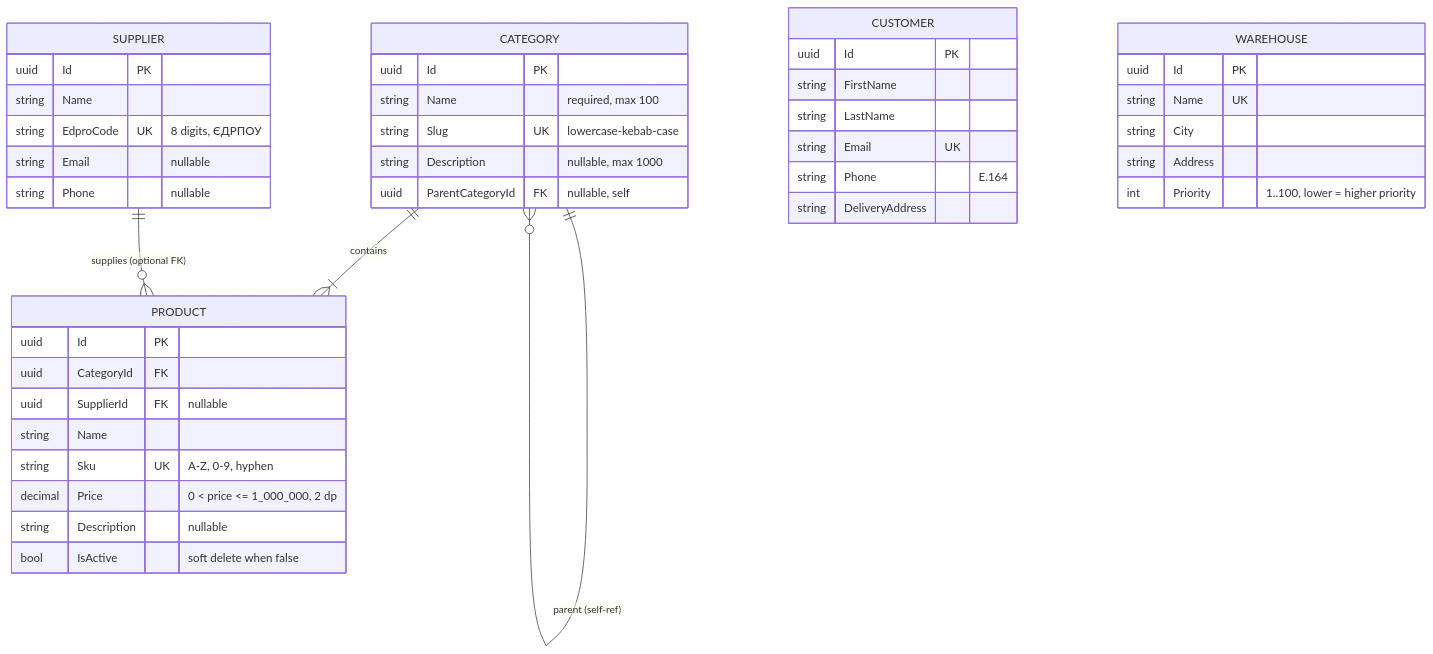
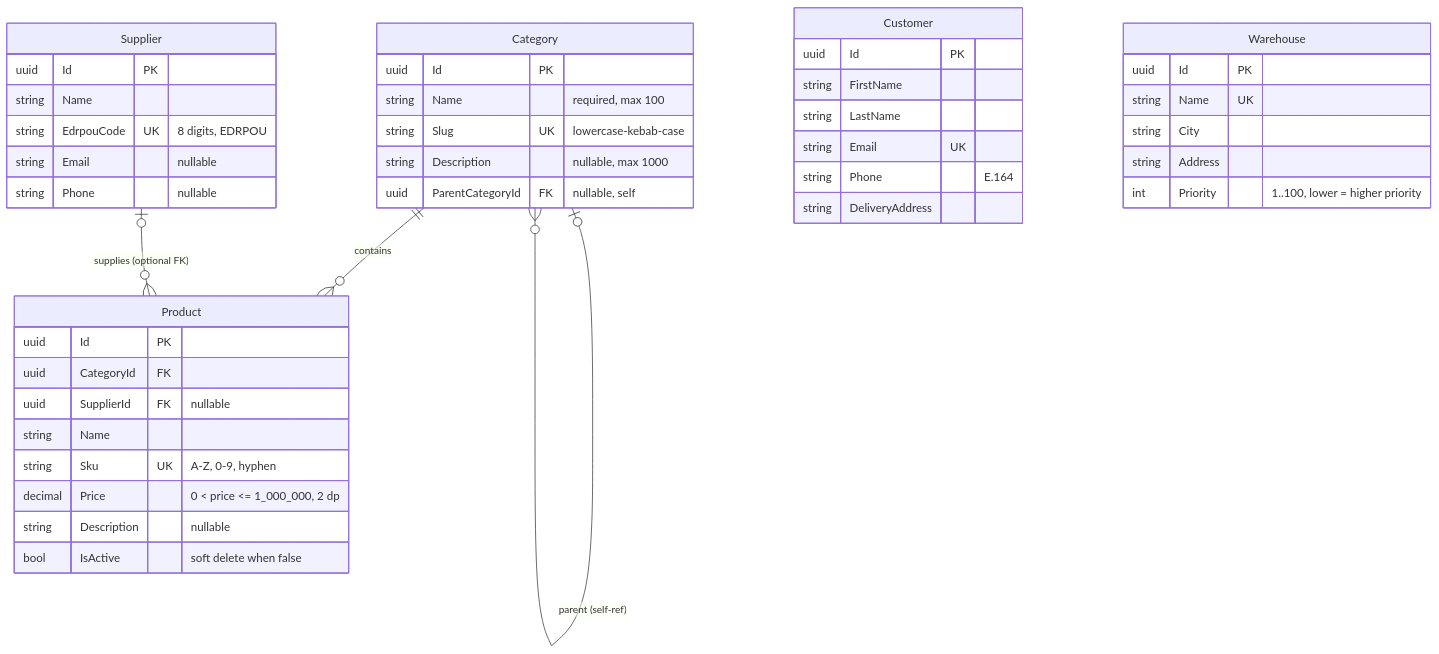
Before and after one commit to PNU-Server-Web-2026/team-05-store: the first of 2 diagrams in docs/erd.md, drawn with Mermaid. The commit also changed other lines of this file, not shown here.

Commit message:
docs(erd): виправлення за рев'ю PR #91 (кардинальність, Mermaid, EdrpouCode)

````diff
--- a/docs/erd.md
+++ b/docs/erd.md
@@ -19,50 +21,50 @@
 ```mermaid
 erDiagram
-    CATEGORY ||--o{ CATEGORY : "parent (self-ref)"
-    CATEGORY ||--|{ PRODUCT : "contains"
-    SUPPLIER ||--o{ PRODUCT : "supplies (optional FK)"
+    Category |o--o{ Category : "parent (self-ref)"
+    Category ||--o{ Product : "contains"
+    Supplier |o--o{ Product : "supplies (optional FK)"
 
-    CATEGORY {
+    Category {
         uuid Id PK
         string Name "required, max 100"
         string Slug UK "lowercase-kebab-case"
         string Description "nullable, max 1000"
         uuid ParentCategoryId FK "nullable, self"
     }
 
-    PRODUCT {
+    Product {
         uuid Id PK
         uuid CategoryId FK
         uuid SupplierId FK "nullable"
         string Name
         string Sku UK "A-Z, 0-9, hyphen"
         decimal Price "0 < price <= 1_000_000, 2 dp"
         string Description "nullable"
         bool IsActive "soft delete when false"
     }
 
-    CUSTOMER {
+    Customer {
         uuid Id PK
         string FirstName
         string LastName
         string Email UK
         string Phone "E.164"
         string DeliveryAddress
     }
 
-    WAREHOUSE {
+    Warehouse {
         uuid Id PK
         string Name UK
         string City
         string Address
         int Priority "1..100, lower = higher priority"
     }
 
-    SUPPLIER {
+    Supplier {
         uuid Id PK
         string Name
-        string EdproCode UK "8 digits, ЄДРПОУ"
+        string EdrpouCode UK "8 digits, EDRPOU"
         string Email "nullable"
         string Phone "nullable"
     }
 ```
````
